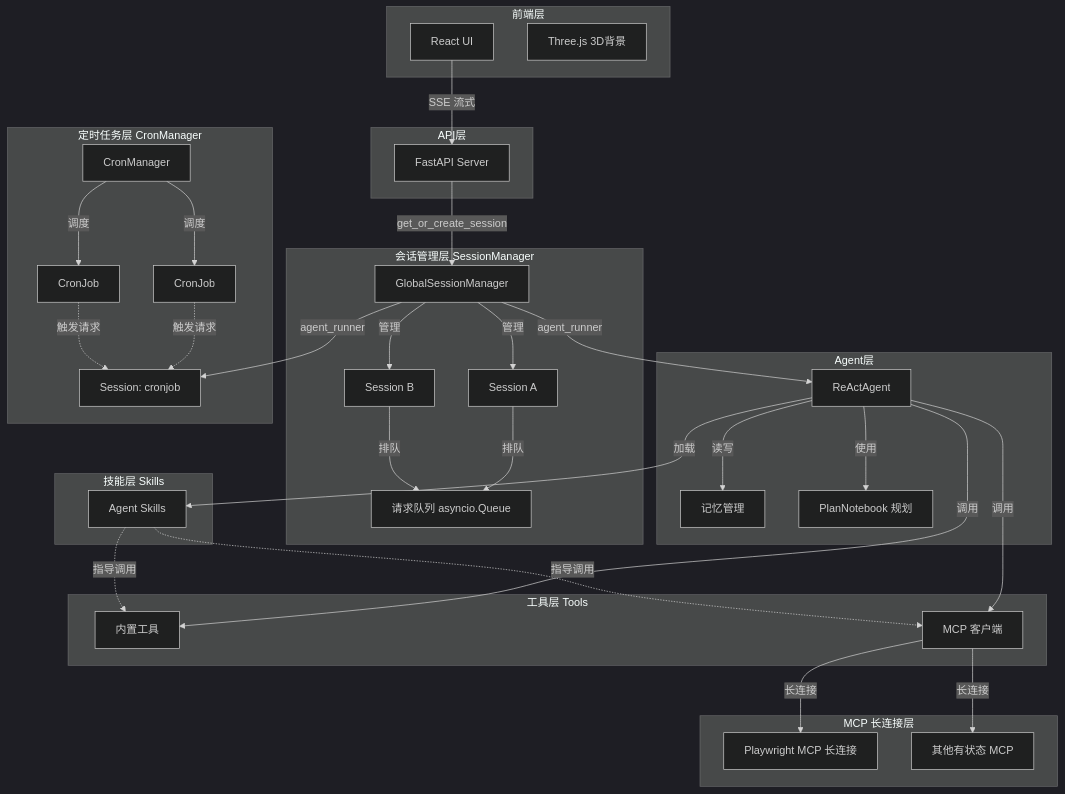
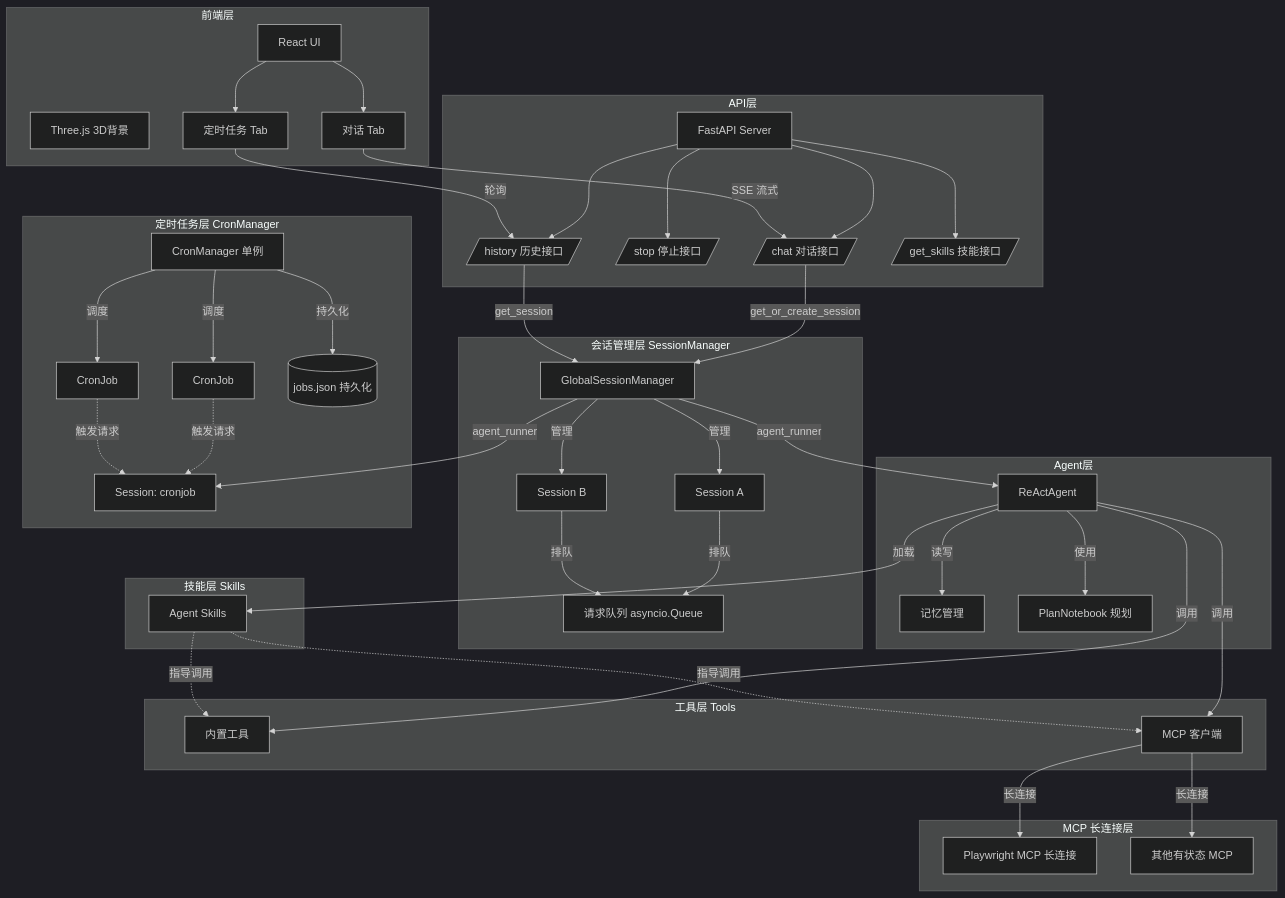
The diagram in README.md (owenliang/openclaw), drawn with Mermaid (dark theme) before and after one commit. The commit also changed other lines of this file and 8 other files, not shown here.

```diff
--- a/README.md
+++ b/README.md
@@ -34,10 +39,22 @@
     subgraph "前端层"
         UI[React UI]
         ThreeJS[Three.js 3D背景]
+        TabChat[对话 Tab]
+        TabCron[定时任务 Tab]
+        UI --> TabChat
+        UI --> TabCron
     end
 
     subgraph "API层"
         FastAPI[FastAPI Server]
+        ChatEP[/chat 对话接口/]
+        StopEP[/stop 停止接口/]
+        HistoryEP[/history 历史接口/]
+        SkillsEP[/get_skills 技能接口/]
+        FastAPI --> ChatEP
+        FastAPI --> StopEP
+        FastAPI --> HistoryEP
+        FastAPI --> SkillsEP
     end
 
     subgraph "会话管理层 SessionManager"
@@ -72,18 +89,22 @@
     end
 
     subgraph "定时任务层 CronManager"
-        CronMgr[CronManager]
+        CronMgr[CronManager 单例]
         CronJob1[CronJob]
         CronJob2[CronJob]
         CronSession[Session: cronjob]
+        CronPersistence[(jobs.json 持久化)]
         CronMgr -->|调度| CronJob1
         CronMgr -->|调度| CronJob2
+        CronMgr -->|持久化| CronPersistence
         CronJob1 -.->|触发请求| CronSession
         CronJob2 -.->|触发请求| CronSession
     end
 
-    UI -->|SSE 流式| FastAPI
-    FastAPI -->|get_or_create_session| SessionMgr
+    TabChat -->|SSE 流式| ChatEP
+    TabCron -->|轮询| HistoryEP
+    ChatEP -->|get_or_create_session| SessionMgr
+    HistoryEP -->|get_session| SessionMgr
     SessionMgr -->|agent_runner| ReAct
     SessionMgr -->|agent_runner| CronSession
     ReAct -->|加载| Skills
```
